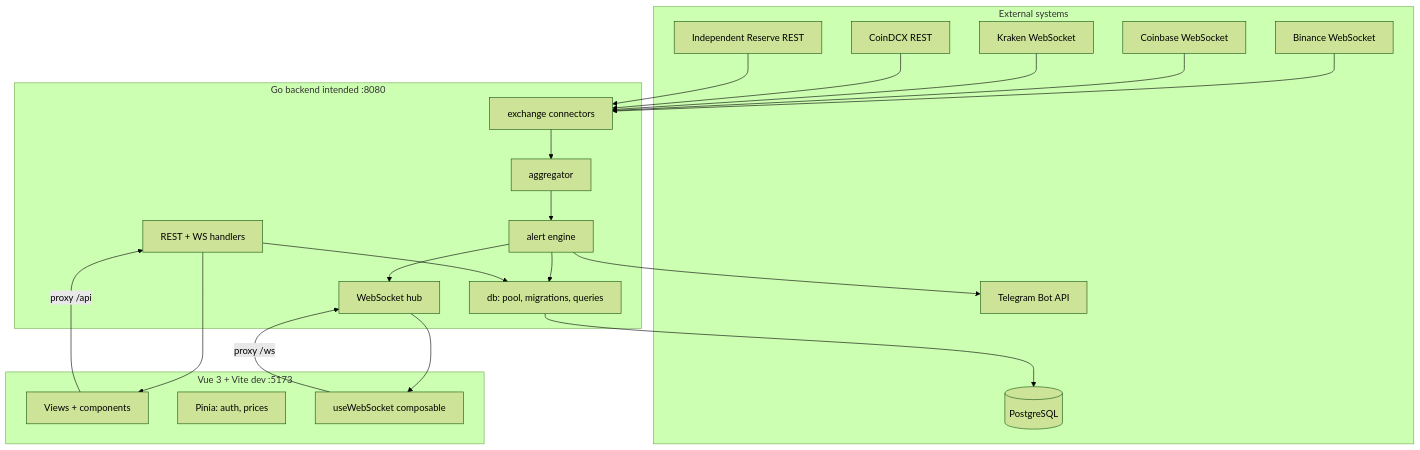
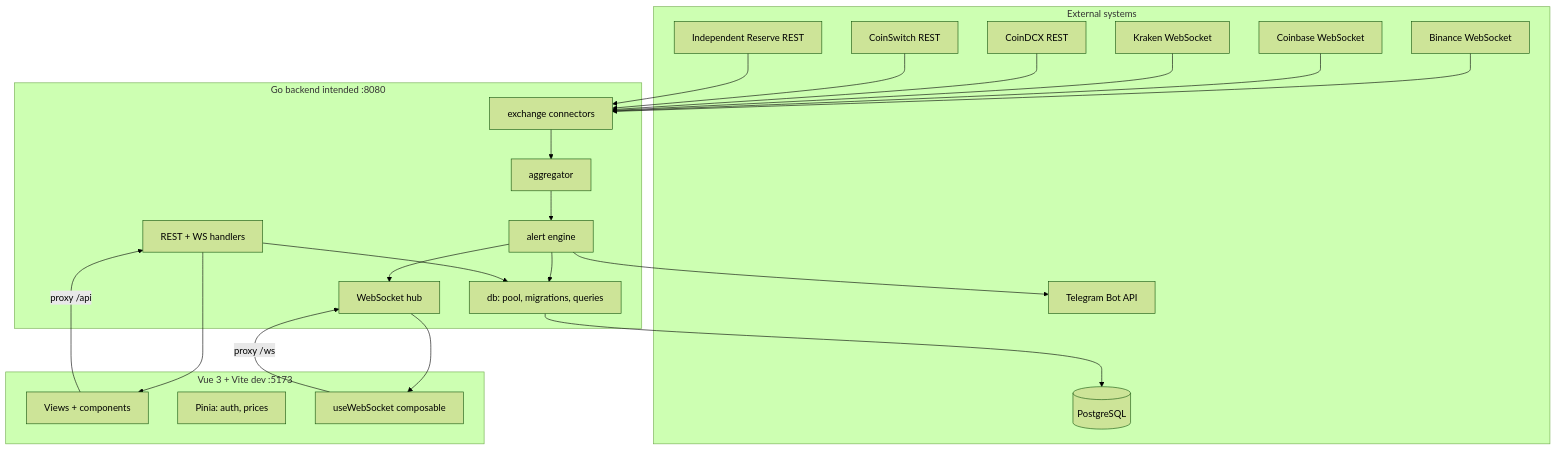
One commit to srinivas365/crytotrade changed the first of 5 diagrams in docs/architecture.md. Above: the diagram before and after it, drawn with Mermaid (forest theme). The commit also changed other lines of this file and 4 other files, not shown here.

````diff
--- a/docs/architecture.md
+++ b/docs/architecture.md
@@ -9,44 +9,46 @@
 ```mermaid
 flowchart TB
   subgraph external["External systems"]
     BN[Binance WebSocket]
     CB[Coinbase WebSocket]
     KR[Kraken WebSocket]
     CDX[CoinDCX REST]
+    CSW[CoinSwitch REST]
     IR[Independent Reserve REST]
     PG[(PostgreSQL)]
     TG[Telegram Bot API]
   end
 
   subgraph backend["Go backend intended :8080"]
     EX[exchange connectors]
     AGG[aggregator]
     ALT[alert engine]
     HUB[WebSocket hub]
     API[REST + WS handlers]
     DBL[db: pool, migrations, queries]
   end
 
   subgraph frontend["Vue 3 + Vite dev :5173"]
     UI[Views + components]
     ST[Pinia: auth, prices]
     WS[useWebSocket composable]
   end
 
   BN --> EX
   CB --> EX
   KR --> EX
   CDX --> EX
+  CSW --> EX
   IR --> EX
   EX --> AGG
   AGG --> ALT
   ALT --> HUB
   ALT --> TG
   ALT --> DBL
   API --> DBL
   HUB --> WS
   API --> UI
   DBL --> PG
   WS -->|proxy /ws| HUB
   UI -->|proxy /api| API
 ```
````
